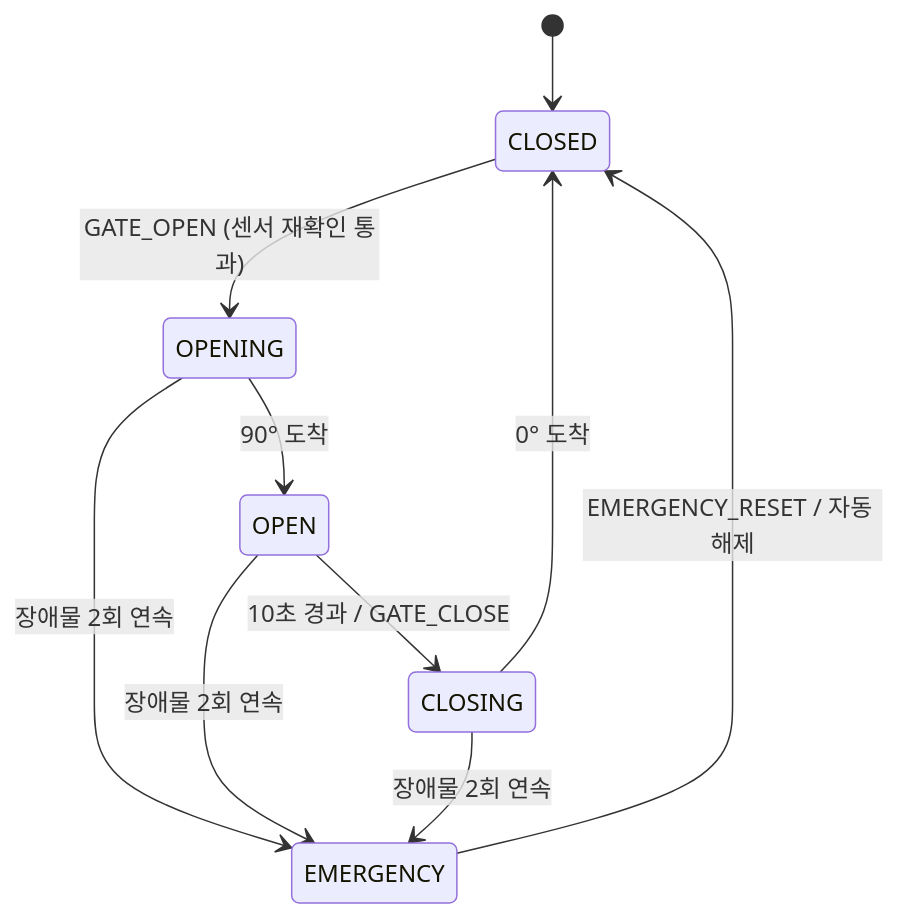
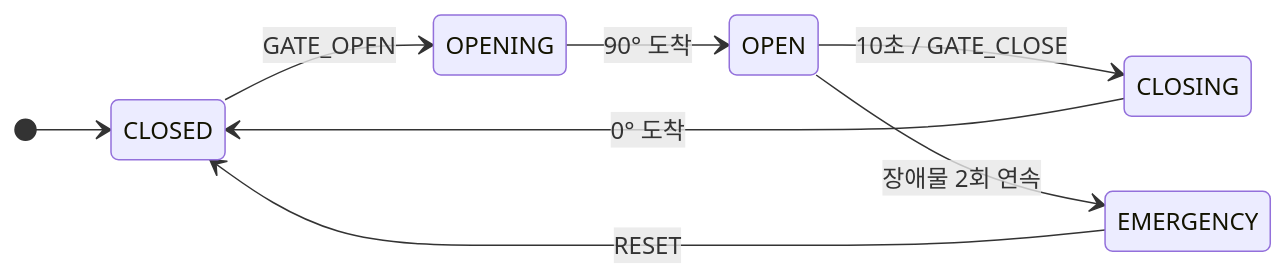
Before and after one commit to minjaon/Portfolio: the second of 5 diagrams in README.md, drawn with Mermaid. The commit also changed other lines of this file and 79994 other files, not shown here.

````diff
--- a/README.md
+++ b/README.md
@@ -193,12 +304,11 @@
 ```mermaid
 stateDiagram-v2
+    direction LR
     [*] --> CLOSED
-    CLOSED --> OPENING : GATE_OPEN (센서 재확인 통과)
+    CLOSED --> OPENING : GATE_OPEN
     OPENING --> OPEN : 90° 도착
-    OPEN --> CLOSING : 10초 경과 / GATE_CLOSE
+    OPEN --> CLOSING : 10초 / GATE_CLOSE
     CLOSING --> CLOSED : 0° 도착
-    OPENING --> EMERGENCY : 장애물 2회 연속
     OPEN --> EMERGENCY : 장애물 2회 연속
-    CLOSING --> EMERGENCY : 장애물 2회 연속
-    EMERGENCY --> CLOSED : EMERGENCY_RESET / 자동 해제
+    EMERGENCY --> CLOSED : RESET
 ```
````
